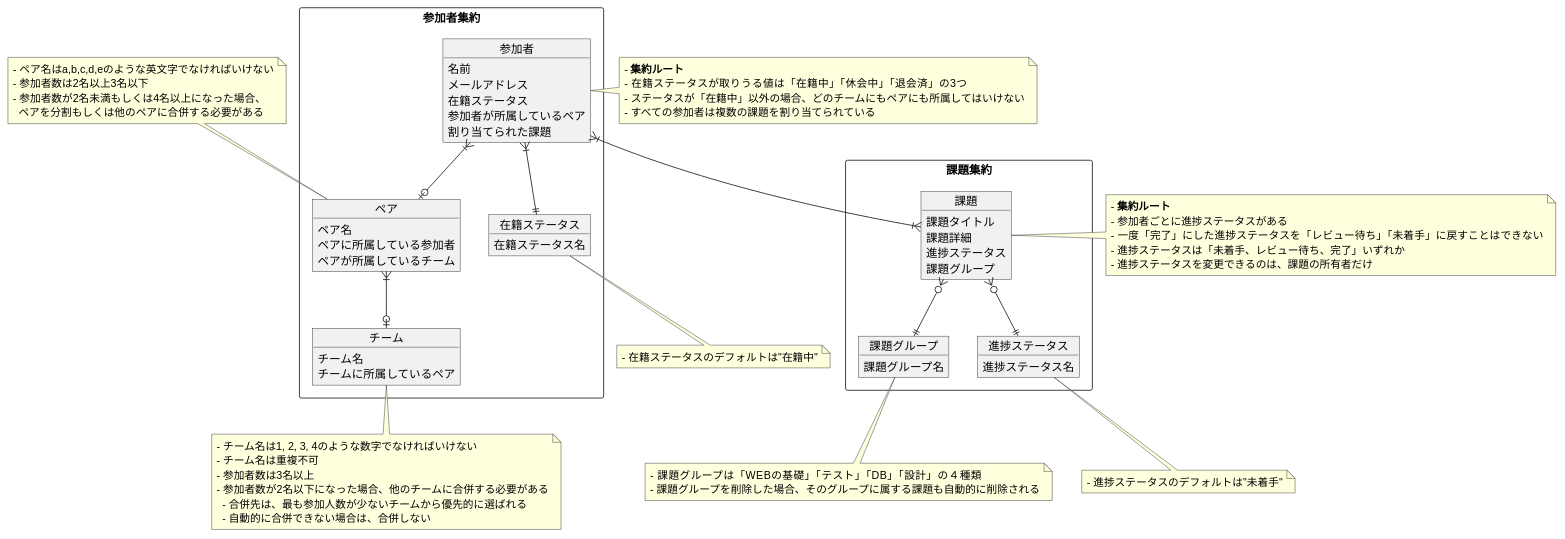
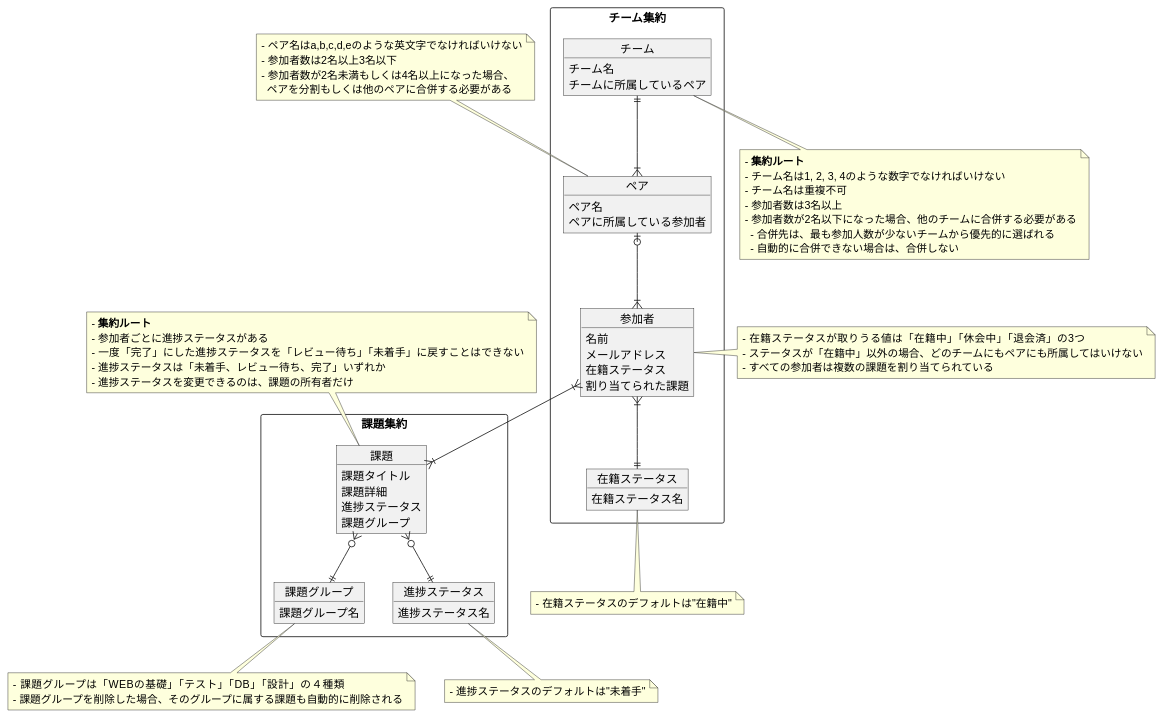
The diagram in 04_設計/04_プラハチャレンジをDDDで実装してみる/01_モデル図/ドメインモデル図.md (gn-t-k/PrAhaChallengeTasks), drawn with PlantUML before and after one commit.

Commit message:
ドメインモデル図修正

````diff
--- a/04_設計/04_プラハチャレンジをDDDで実装してみる/01_モデル図/ドメインモデル図.md
+++ b/04_設計/04_プラハチャレンジをDDDで実装してみる/01_モデル図/ドメインモデル図.md
@@ -3,22 +3,20 @@
 ```plantuml
 @startuml
 
-rectangle 参加者集約 {
+rectangle チーム集約 {
+  Object チーム {
+    チーム名
+    チームに所属しているペア
+  }
+  Object ペア {
+    ペア名
+    ペアに所属している参加者
+  }
   Object 参加者 {
     名前
     メールアドレス
     在籍ステータス
-    参加者が所属しているペア
     割り当てられた課題
-  }
-  Object ペア {
-    ペア名
-    ペアに所属している参加者
-    ペアが所属しているチーム
-  }
-  Object チーム {
-    チーム名
-    チームに所属しているペア
   }
   Object 在籍ステータス {
     在籍ステータス名
@@ -39,15 +37,14 @@
   }
 }
 
+チーム ||--|{ ペア
+ペア |o--|{ 参加者
 参加者 }|--|{ 課題
 参加者 }|--|| 在籍ステータス
-参加者 }|--o| ペア
-ペア }|--o| チーム
 課題 }o--|| 課題グループ
 課題 }o--|| 進捗ステータス
 
 note right of 参加者
-- **集約ルート**
 - 在籍ステータスが取りうる値は「在籍中」「休会中」「退会済」の3つ
 - ステータスが「在籍中」以外の場合、どのチームにもペアにも所属してはいけない
 - すべての参加者は複数の課題を割り当てられている
@@ -61,6 +58,7 @@
 end note
 
 note bottom of チーム
+- **集約ルート**
 - チーム名は1, 2, 3, 4のような数字でなければいけない
 - チーム名は重複不可
 - 参加者数は3名以上
@@ -73,7 +71,7 @@
 - 在籍ステータスのデフォルトは"在籍中"
 end note
 
-note right of 課題
+note top of 課題
 - **集約ルート**
 - 参加者ごとに進捗ステータスがある
 - 一度「完了」にした進捗ステータスを「レビュー待ち」「未着手」に戻すことはできない
````
